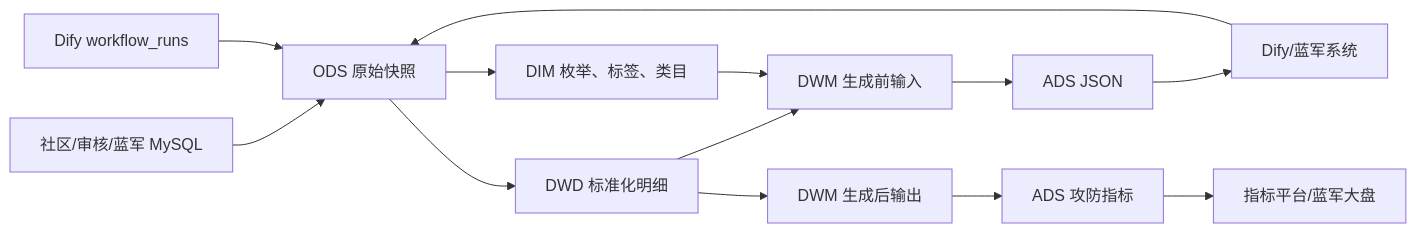
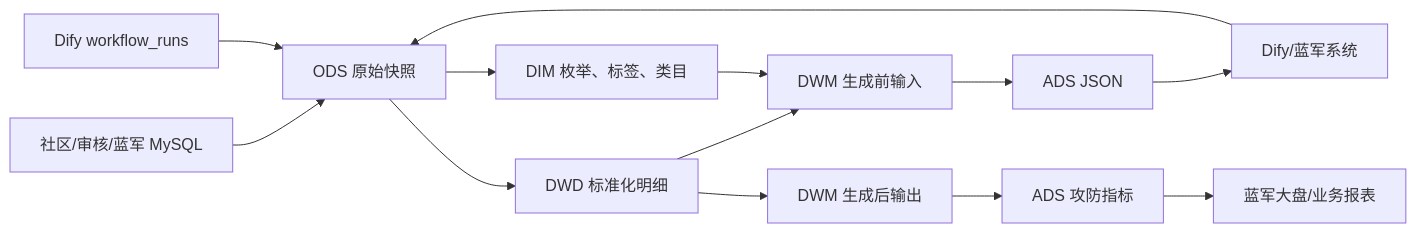
One commit to wsequence97-cloud/ai_blue changed the diagram in project_extracted_docs/03_项目复盘/02_逐层表清单与完整血缘.md. Above: the diagram before and after it, drawn with Mermaid. The commit also changed 23 other files, not shown here.

````diff
--- a/project_extracted_docs/03_项目复盘/02_逐层表清单与完整血缘.md
+++ b/project_extracted_docs/03_项目复盘/02_逐层表清单与完整血缘.md
@@ -7,15 +7,15 @@
 ```mermaid
 flowchart LR
   S1["社区/审核/蓝军 MySQL"] --> O["ODS 原始快照"]
   S2["Dify workflow_runs"] --> O
   O --> D["DWD 标准化明细"]
   O --> M["DIM 枚举、标签、类目"]
   D --> W1["DWM 生成前输入"]
   M --> W1
   W1 --> A1["ADS JSON"]
   A1 --> X["Dify/蓝军系统"]
   X --> O
   D --> W2["DWM 生成后输出"]
   W2 --> A2["ADS 攻防指标"]
-  A2 --> B["指标平台/蓝军大盘"]
+  A2 --> B["蓝军大盘/业务报表"]
 ```
````
